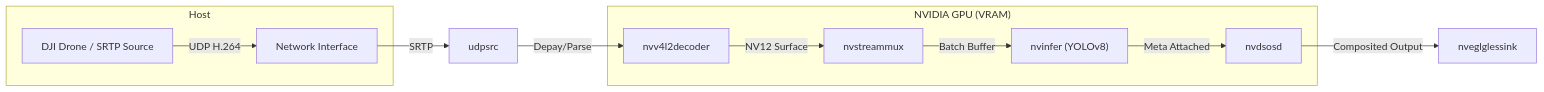
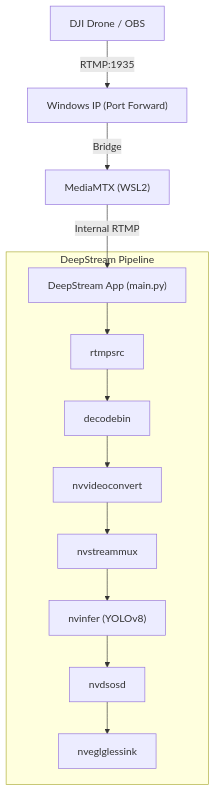
Before and after one commit to gomesgustavoo/computer-vision-drone: the diagram in README.md, drawn with Mermaid. The commit also changed other lines of this file and 4 other files, not shown here.

````diff
--- a/README.md
+++ b/README.md
@@ -16,22 +14,16 @@
 ```mermaid
-graph LR
-    DJI["DJI Drone / SRTP Source"] -->|UDP H.264| NET["Network Interface"]
-    NET -->|SRTP| G1[udpsrc]
-    G1 -->|Depay/Parse| G2[nvv4l2decoder]
-    G2 -->|NV12 Surface| G3[nvstreammux]
-    G3 -->|Batch Buffer| G4["nvinfer (YOLOv8)"]
-    G4 -->|Meta Attached| G5[nvdsosd]
-    G5 -->|Composited Output| G6[nveglglessink]
+graph TD
+    Drone["DJI Drone / OBS"] -->|RTMP:1935| WinIP["Windows IP (Port Forward)"]
+    WinIP -->|Bridge| MTX["MediaMTX (WSL2)"]
+    MTX -->|Internal RTMP| DS["DeepStream App (main.py)"]
     
-    subgraph Host
-    DJI
-    NET
-    end
-
-    subgraph "NVIDIA GPU (VRAM)"
-    G2
-    G3
-    G4
-    G5
+    subgraph "DeepStream Pipeline"
+    DS --> G1[rtmpsrc]
+    G1 --> G2[decodebin]
+    G2 --> G3[nvvideoconvert]
+    G3 --> G4[nvstreammux]
+    G4 --> G5["nvinfer (YOLOv8)"]
+    G5 --> G6[nvdsosd]
+    G6 --> G7[nveglglessink]
     end
 ```
````
